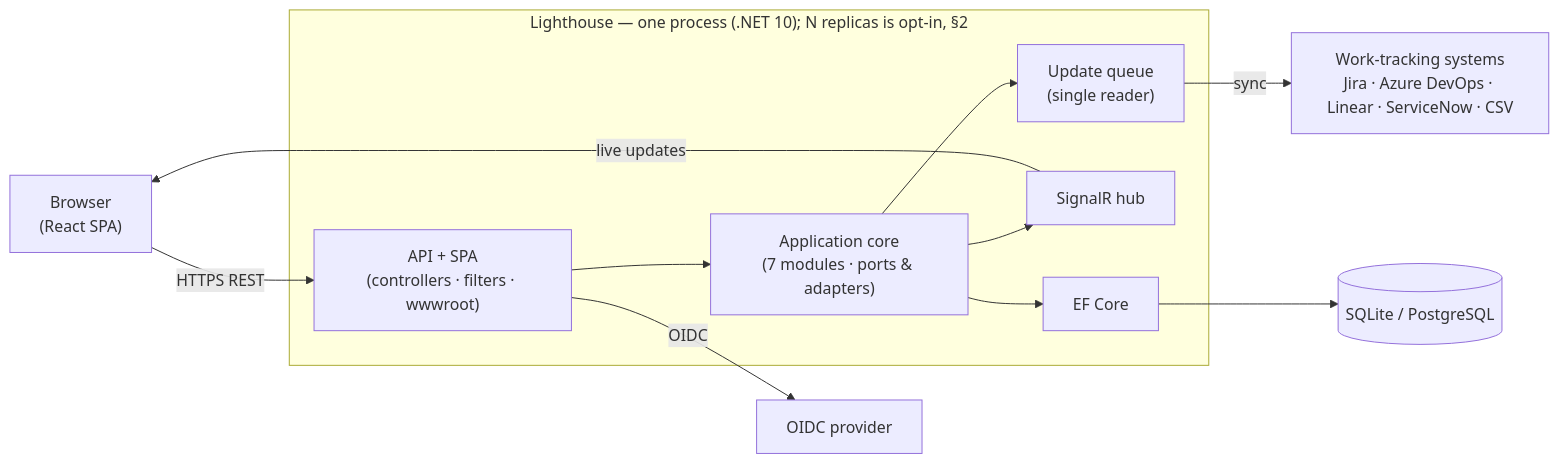
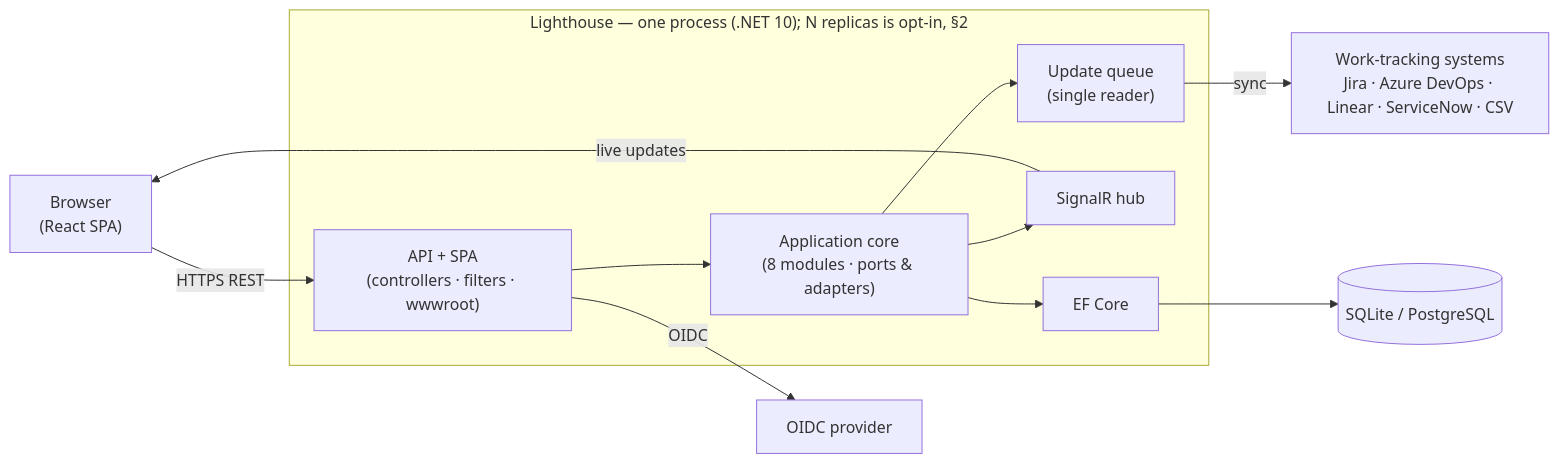
One commit to LetPeopleWork/Lighthouse changed the first of 4 diagrams in ARCHITECTURE.md. Above: the diagram before and after it, drawn with Mermaid. The commit also changed other lines of this file and 16 other files, not shown here.

````diff
--- a/ARCHITECTURE.md
+++ b/ARCHITECTURE.md
@@ -21,23 +21,23 @@
 ```mermaid
 graph LR
   Browser["Browser<br/>(React SPA)"]
   WTS["Work-tracking systems<br/>Jira · Azure DevOps · Linear · ServiceNow · CSV"]
   IdP["OIDC provider"]
   DB[("SQLite / PostgreSQL")]
   subgraph Proc["Lighthouse — one process (.NET 10); N replicas is opt-in, §2"]
     API["API + SPA<br/>(controllers · filters · wwwroot)"]
-    Core["Application core<br/>(7 modules · ports & adapters)"]
+    Core["Application core<br/>(8 modules · ports & adapters)"]
     Queue["Update queue<br/>(single reader)"]
     Hub["SignalR hub"]
     EF["EF Core"]
     API --> Core
     Core --> Queue
     Core --> Hub
     Core --> EF
   end
   Browser -->|HTTPS REST| API
   Hub -->|live updates| Browser
   API -->|OIDC| IdP
   Queue -->|sync| WTS
   EF --> DB
 ```
````
